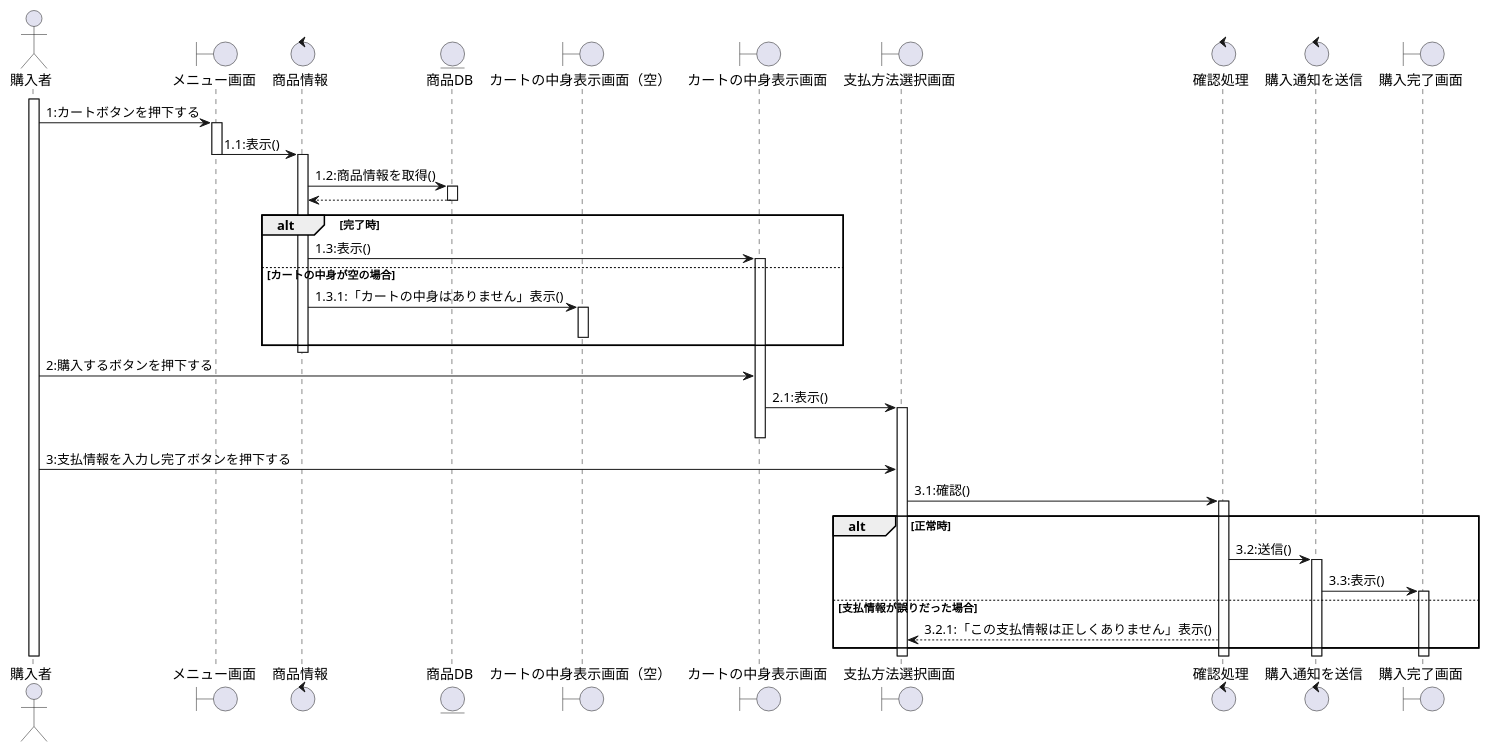
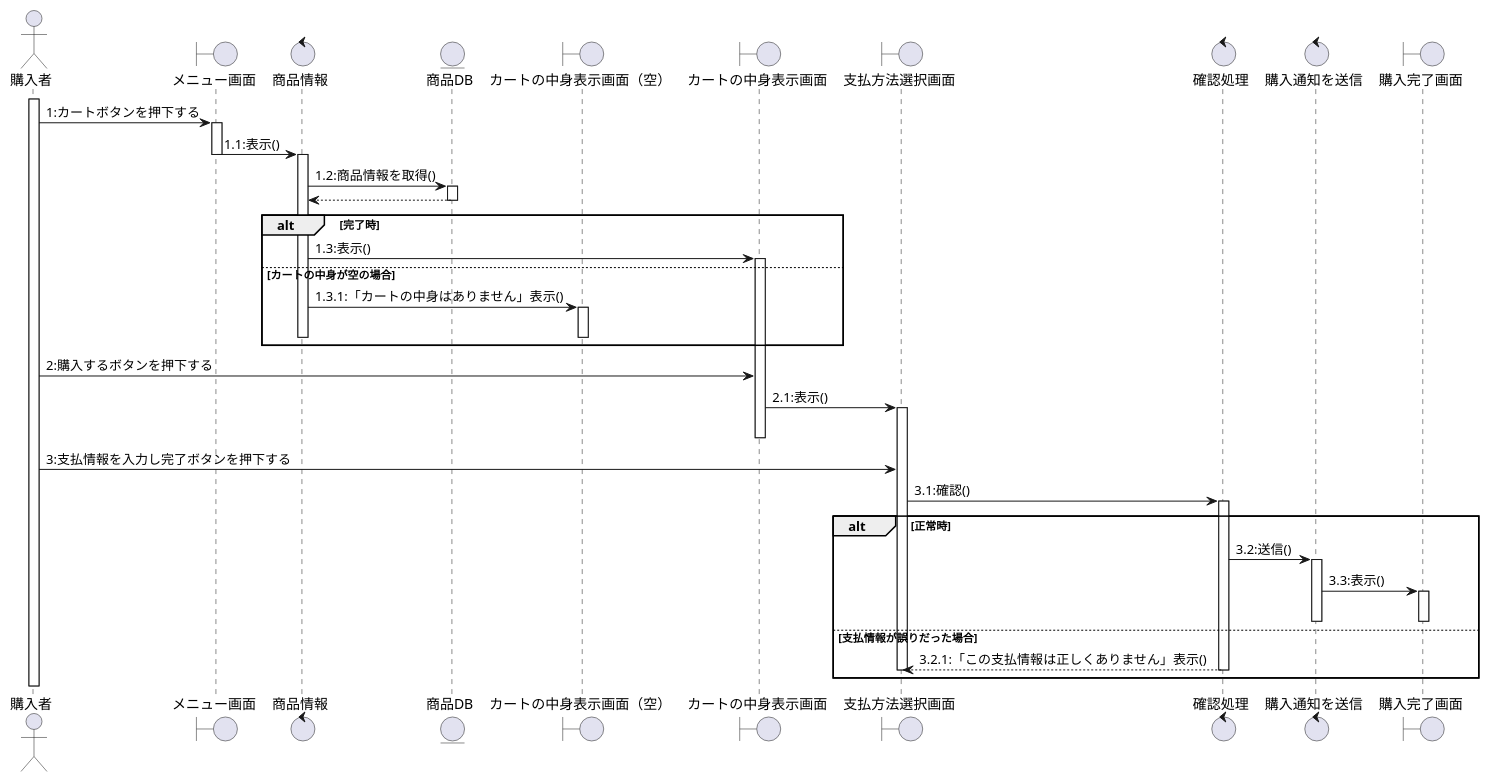
The diagram in シーケンス/シーケンス_購入者/商品購入.puml (T-kouki/local-vege-link), drawn with PlantUML before and after one commit. The commit also changed 9 other files, not shown here.

```diff
--- a/シーケンス/シーケンス_購入者/商品購入.puml
+++ b/シーケンス/シーケンス_購入者/商品購入.puml
@@ -1,49 +1,54 @@
 @startuml
 
 actor 購入者
 boundary メニュー画面
 control 商品情報
 entity 商品DB
 boundary "カートの中身表示画面（空）"
 boundary カートの中身表示画面
 boundary 支払方法選択画面
 control 確認処理
 control 購入通知を送信
 boundary 購入完了画面
 
 activate 購入者
 購入者 -> メニュー画面:1:カートボタンを押下する
 activate メニュー画面
 メニュー画面 -> 商品情報:1.1:表示()
 deactivate メニュー画面
 activate 商品情報
 商品情報 -> 商品DB:1.2:商品情報を取得()
 activate 商品DB
 商品DB --> 商品情報:
 deactivate 商品DB
 alt 完了時
 商品情報 -> カートの中身表示画面:1.3:表示()
 activate カートの中身表示画面
 else カートの中身が空の場合
     商品情報 -> "カートの中身表示画面（空）" :1.3.1:「カートの中身はありません」表示()
     activate "カートの中身表示画面（空）"
     deactivate "カートの中身表示画面（空）"
+    deactivate 商品情報
 end
 deactivate 商品情報
 購入者 -> カートの中身表示画面:2:購入するボタンを押下する
 カートの中身表示画面 -> 支払方法選択画面:2.1:表示()
 activate 支払方法選択画面
 deactivate カートの中身表示画面
 購入者 -> 支払方法選択画面:3:支払情報を入力し完了ボタンを押下する
 支払方法選択画面 -> 確認処理:3.1:確認()
 activate 確認処理
 alt 正常時
     確認処理 -> 購入通知を送信:3.2:送信()
     activate 購入通知を送信
     購入通知を送信 -> 購入完了画面:3.3:表示()
     activate 購入完了画面
+    deactivate 購入通知を送信
+    deactivate 購入完了画面
 else 支払情報が誤りだった場合
     確認処理 --> 支払方法選択画面:3.2.1:「この支払情報は正しくありません」表示()
+    deactivate 支払方法選択画面
+    deactivate 確認処理
 end
 
 @enduml
```
